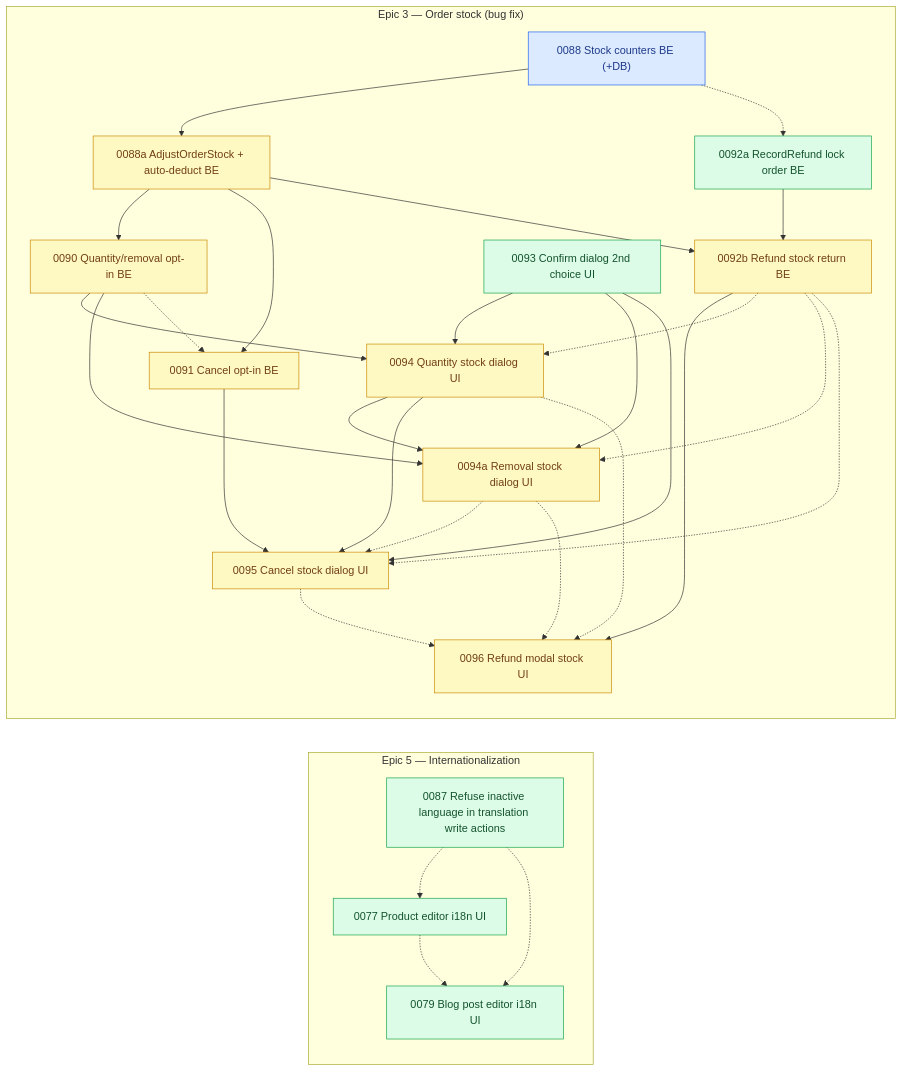
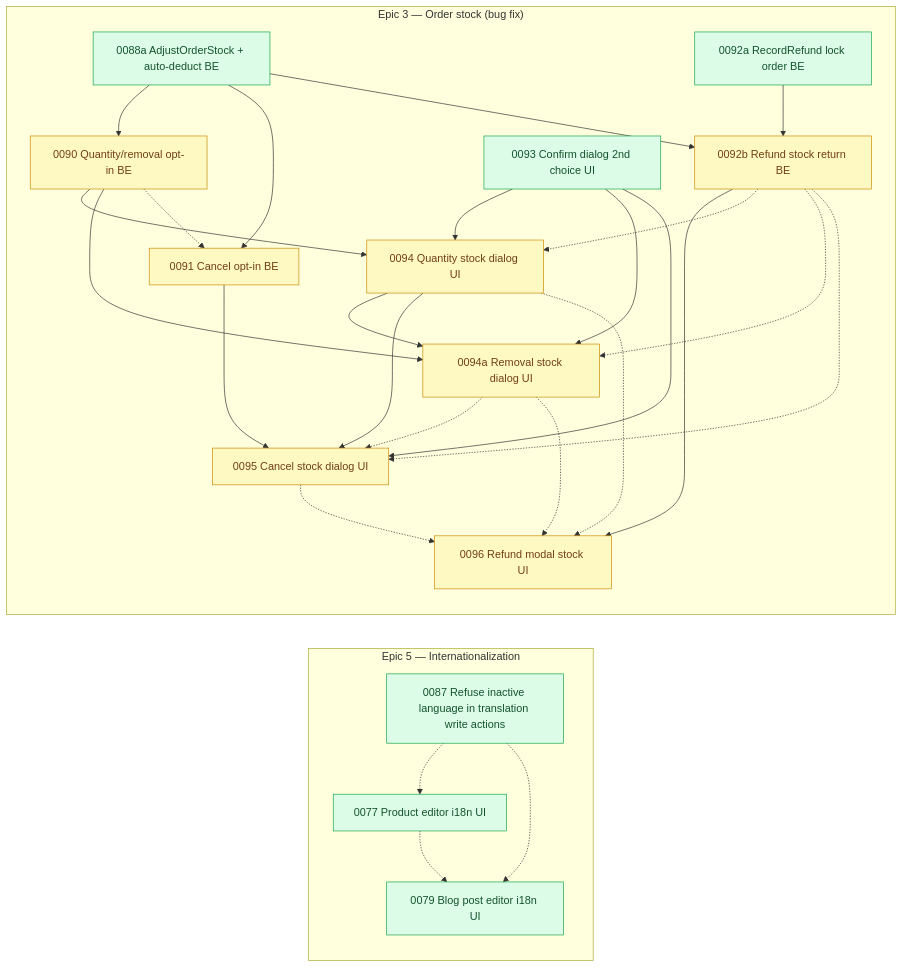
Before and after one commit to shojen/AI4Devs-finalproject: the diagram in arospe/ai-spec/tasks-map.md, drawn with Mermaid. The commit also changed other lines of this file and 6 other files, not shown here.

```diff
--- a/arospe/ai-spec/tasks-map.md
+++ b/arospe/ai-spec/tasks-map.md
@@ -592,7 +591,6 @@
 
     subgraph PEND_STOCK["Epic 3 — Order stock (bug fix)"]
         direction TB
-        P0088["0088 Stock counters BE (+DB)"]
         P0088a["0088a AdjustOrderStock + auto-deduct BE"]
         P0090["0090 Quantity/removal opt-in BE"]
         P0091["0091 Cancel opt-in BE"]
@@ -606,7 +604,6 @@
     end
     %% (P0089 merged into P0088 and P0092 split into P0092a/P0092b on 2026-11-08; their nodes and edges are dropped.)
     %% (P0088 --> P0090/P0091/P0092b replaced by P0088 --> P0088a --> … on 2026-11-08, review #4 split.)
-    P0088 --> P0088a
     P0088a --> P0090
     P0088a --> P0091
     P0088a --> P0092b
@@ -621,7 +618,6 @@
     P0094 --> P0095
     P0092b --> P0096
     P0090 -.-> P0091
-    P0088 -.-> P0092a
     P0092b -.-> P0094
     P0092b -.-> P0094a
     P0092b -.-> P0095
@@ -629,9 +625,8 @@
     P0094 -.-> P0096
     P0094a -.-> P0096
     P0095 -.-> P0096
-    class P0092a,P0093 ready;
-    class P0088 claimed;
-    class P0088a,P0090,P0091,P0092b,P0094,P0094a,P0095,P0096 pending;
+    class P0088a,P0092a,P0093 ready;
+    class P0090,P0091,P0092b,P0094,P0094a,P0095,P0096 pending;
 
     %% Standalone (no PRD epic)
     %% (P0082's own node dropped: 0082 closed to done/ this pass, per the update at the top of this file.)
```
